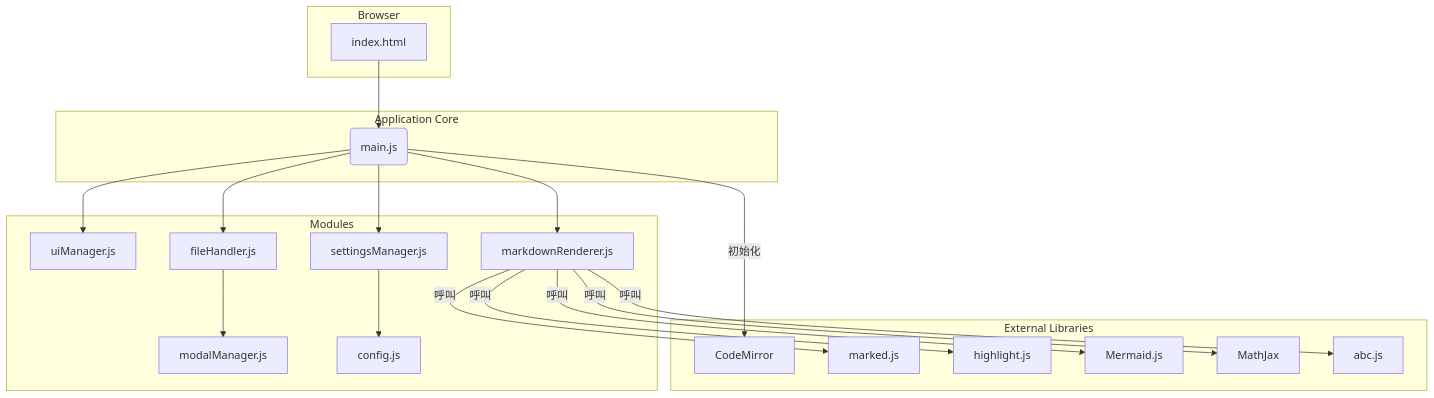
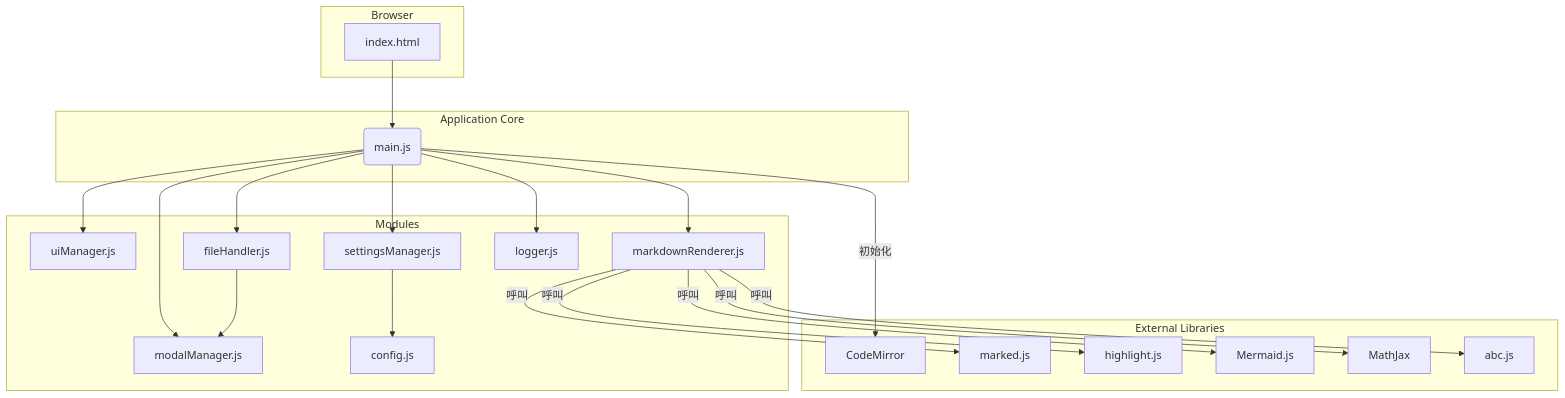
The first of 4 diagrams in ARCHITECTURE.md (ytssamuel/md_editor), drawn with Mermaid before and after one commit. The commit also changed other lines of this file and 6 other files, not shown here.

````diff
--- a/ARCHITECTURE.md
+++ b/ARCHITECTURE.md
@@ -9,43 +17,46 @@
 ```mermaid
 graph TD
     subgraph "Browser"
         A[index.html]
     end
 
     subgraph "Application Core"
         B(main.js)
     end
 
     subgraph "Modules"
         C[uiManager.js]
         D[fileHandler.js]
         E[markdownRenderer.js]
         F[settingsManager.js]
         G[modalManager.js]
         H[config.js]
+        J[logger.js]
     end
 
     subgraph "External Libraries"
         L1[CodeMirror]
         L2[marked.js]
         L3[highlight.js]
         L4[Mermaid.js]
         L5[MathJax]
         L6[abc.js]
     end
 
     A --> B
     B --> C
     B --> D
     B --> E
     B --> F
+    B --> G
+    B --> J
     D --> G
     F --> H
 
     B -- "初始化" --> L1
     E -- "呼叫" --> L2
     E -- "呼叫" --> L3
     E -- "呼叫" --> L4
     E -- "呼叫" --> L5
     E -- "呼叫" --> L6
 ```
````
